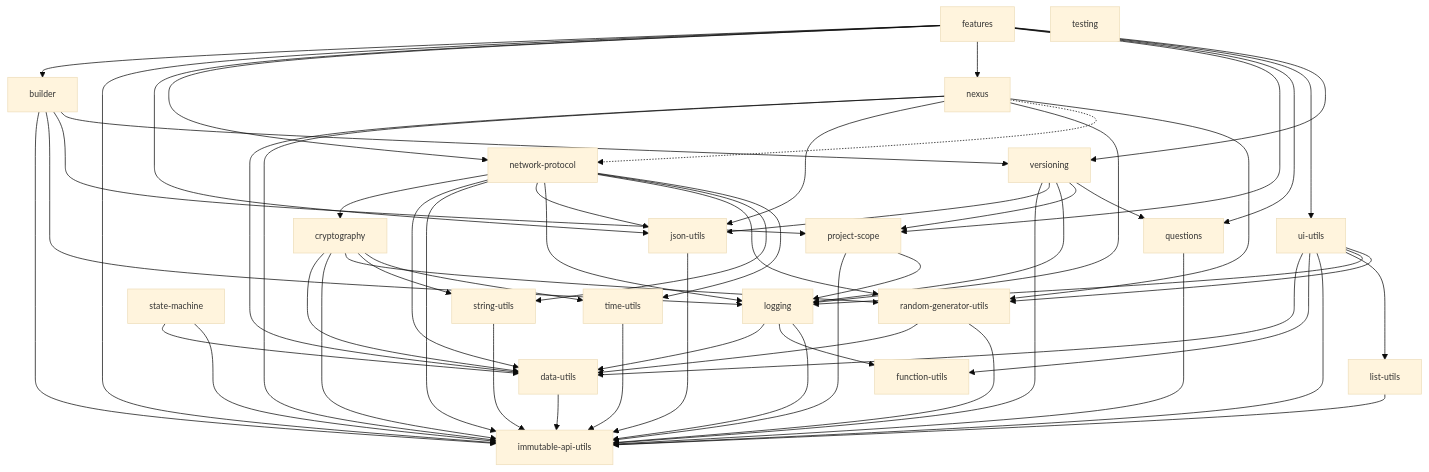
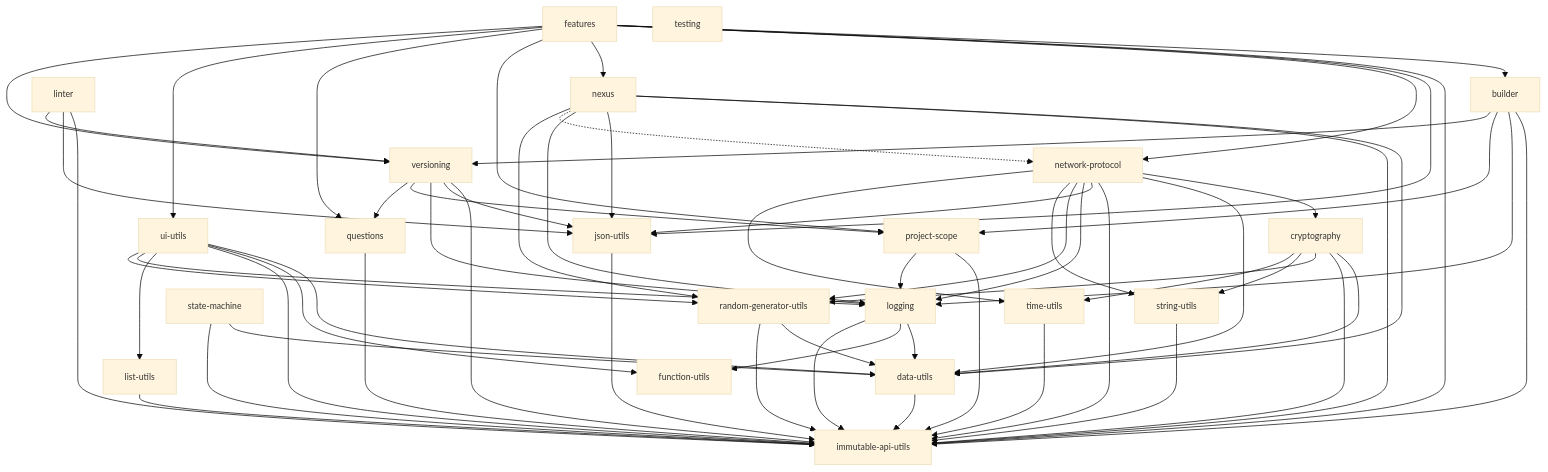
One commit to AndrewRedican/hyperfrontend changed the diagram in LIBRARY_COMPATIBILITY.md. Above: the diagram before and after it, drawn with Mermaid. The commit also changed other lines of this file and 1 other file, not shown here.

Commit message:
docs(@hyperfrontend/workspace): list the linter among the packages

```diff
--- a/LIBRARY_COMPATIBILITY.md
+++ b/LIBRARY_COMPATIBILITY.md
@@ -131,6 +136,7 @@
     function_utils["function-utils"]
     immutable_api_utils["immutable-api-utils"]
     json_utils["json-utils"]
+    linter["linter"]
     list_utils["list-utils"]
     logging["logging"]
     network_protocol["network-protocol"]
@@ -164,6 +170,9 @@
     features --> ui_utils
     features --> versioning
     json_utils --> immutable_api_utils
+    linter --> immutable_api_utils
+    linter --> json_utils
+    linter --> versioning
     list_utils --> immutable_api_utils
     logging --> data_utils
     logging --> function_utils
```
